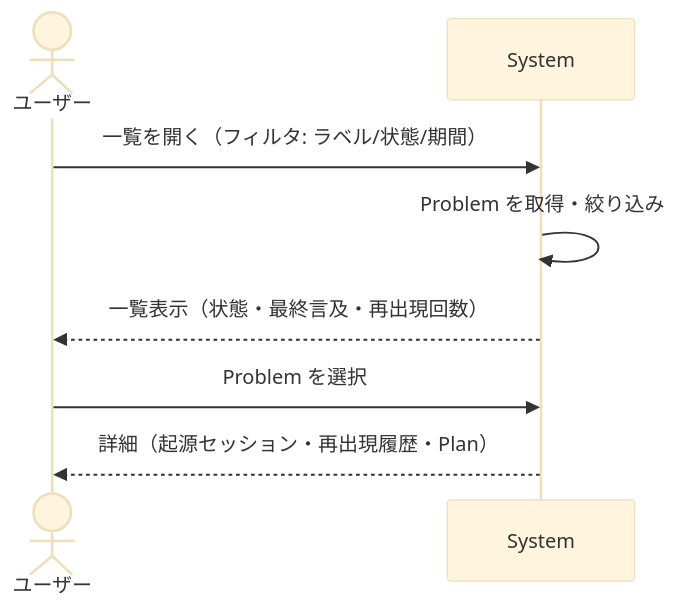
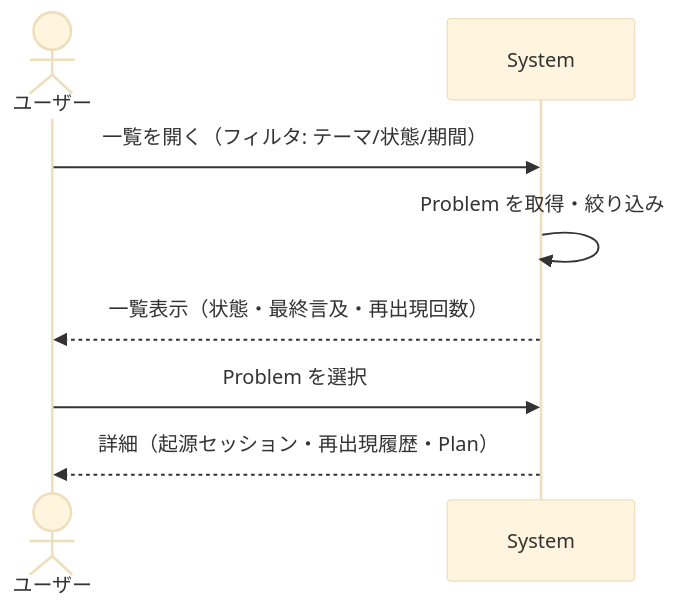
The second of 5 diagrams in docs/design/use_cases.md (yomote/mind-inbox), drawn with Mermaid (base theme) before and after one commit. The commit also changed other lines of this file and 3 other files, not shown here.

````diff
--- a/docs/design/use_cases.md
+++ b/docs/design/use_cases.md
@@ -87,11 +89,11 @@
 ```mermaid
 sequenceDiagram
   actor U as ユーザー
   participant S as System
 
-  U->>S: 一覧を開く（フィルタ: ラベル/状態/期間）
+  U->>S: 一覧を開く（フィルタ: テーマ/状態/期間）
   S->>S: Problem を取得・絞り込み
   S-->>U: 一覧表示（状態・最終言及・再出現回数）
   U->>S: Problem を選択
   S-->>U: 詳細（起源セッション・再出現履歴・Plan）
 ```
````
